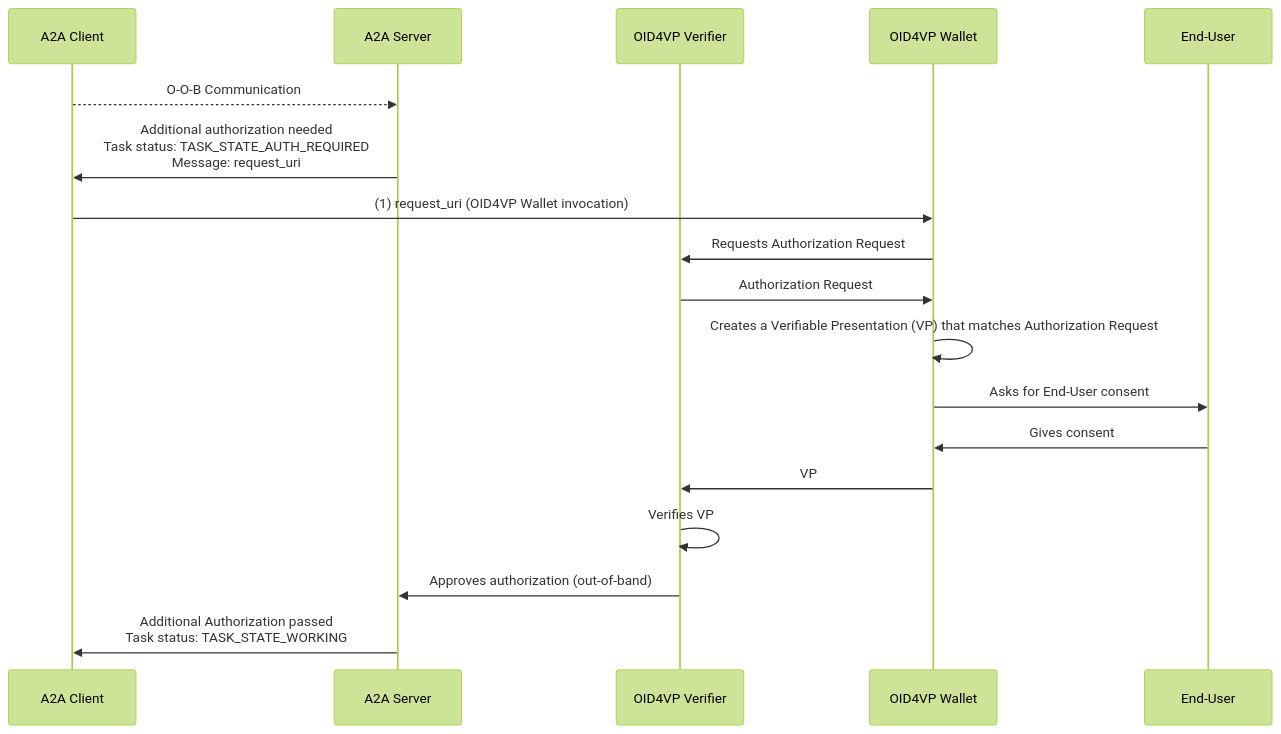
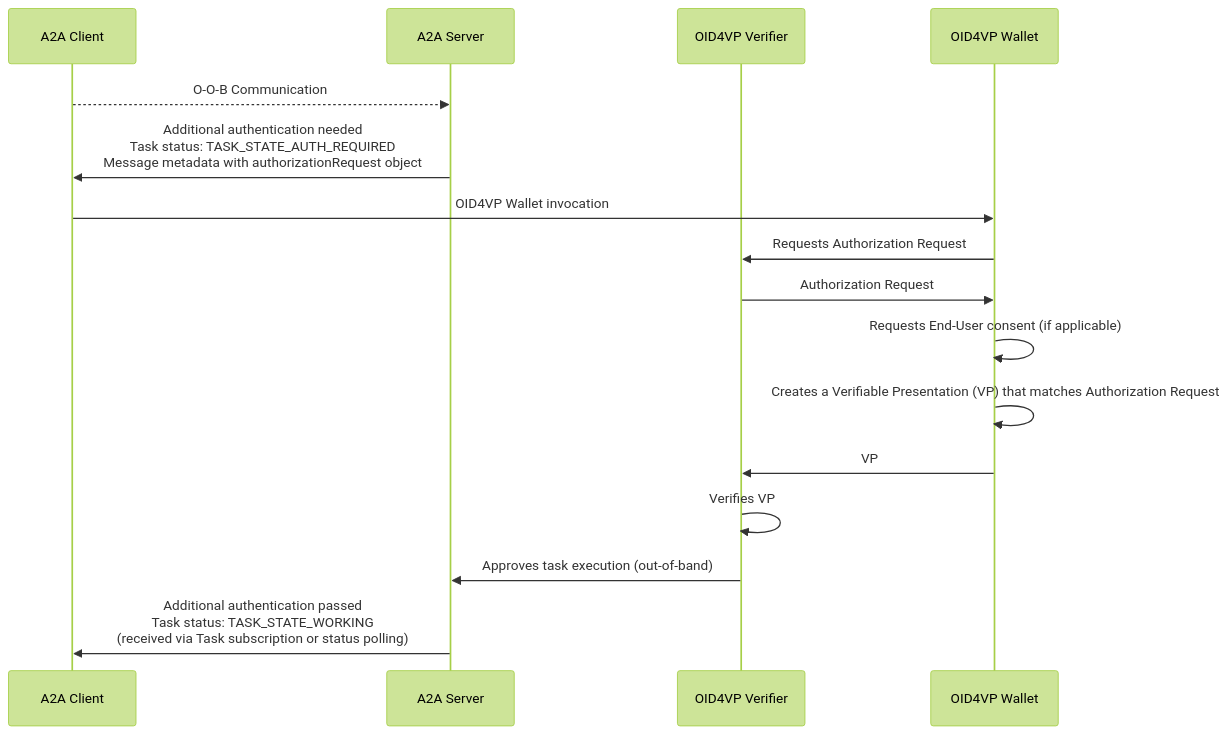
One commit to DSRCorporation/a2a-oid4vp-in-task-auth-extension changed the diagram in v1/spec.md. Above: the diagram before and after it, drawn with Mermaid (forest theme). The commit also changed other lines of this file and 1 other file, not shown here.

````diff
--- a/v1/spec.md
+++ b/v1/spec.md
@@ -20,21 +20,19 @@
 ```mermaid
 sequenceDiagram
     participant C as A2A Client 
     participant S as A2A Server 
     participant V as OID4VP Verifier 
-    participant W as OID4VP Wallet 
-    participant U as End-User
+    participant W as OID4VP Wallet
     
     C -->> S: O-O-B Communication 
-    S ->> C: Additional authorization needed<br/>Task status: TASK_STATE_AUTH_REQUIRED<br/>Message: request_uri 
-    C ->> W: (1) request_uri (OID4VP Wallet invocation) 
+    S ->> C: Additional authentication needed<br/>Task status: TASK_STATE_AUTH_REQUIRED<br/>Message metadata with authorizationRequest object
+    C ->> W: OID4VP Wallet invocation
     W ->> V: Requests Authorization Request 
     V ->> W: Authorization Request
-    W ->> W: Creates a Verifiable Presentation (VP) that matches Authorization Request 
-    W ->> U: Asks for End-User consent 
-    U ->> W: Gives consent
+    W ->> W: Requests End-User consent (if applicable)
+    W ->> W: Creates a Verifiable Presentation (VP) that matches Authorization Request
     W ->> V: VP
     V ->> V: Verifies VP
-    V ->> S: Approves authorization (out-of-band)
-    S ->> C: Additional Authorization passed<br/>Task status: TASK_STATE_WORKING
+    V ->> S: Approves task execution (out-of-band)
+    S ->> C: Additional authentication passed<br/>Task status: TASK_STATE_WORKING<br/>(received via Task subscription or status polling)
 ```
````
